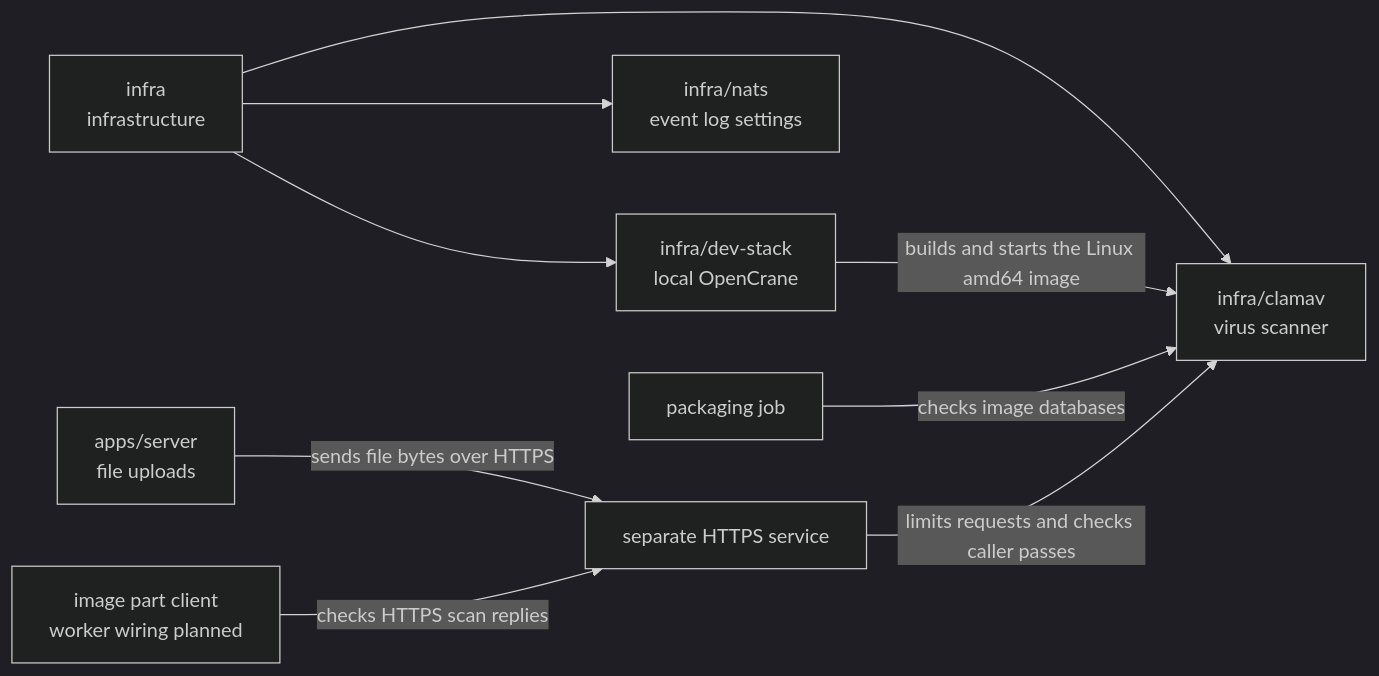
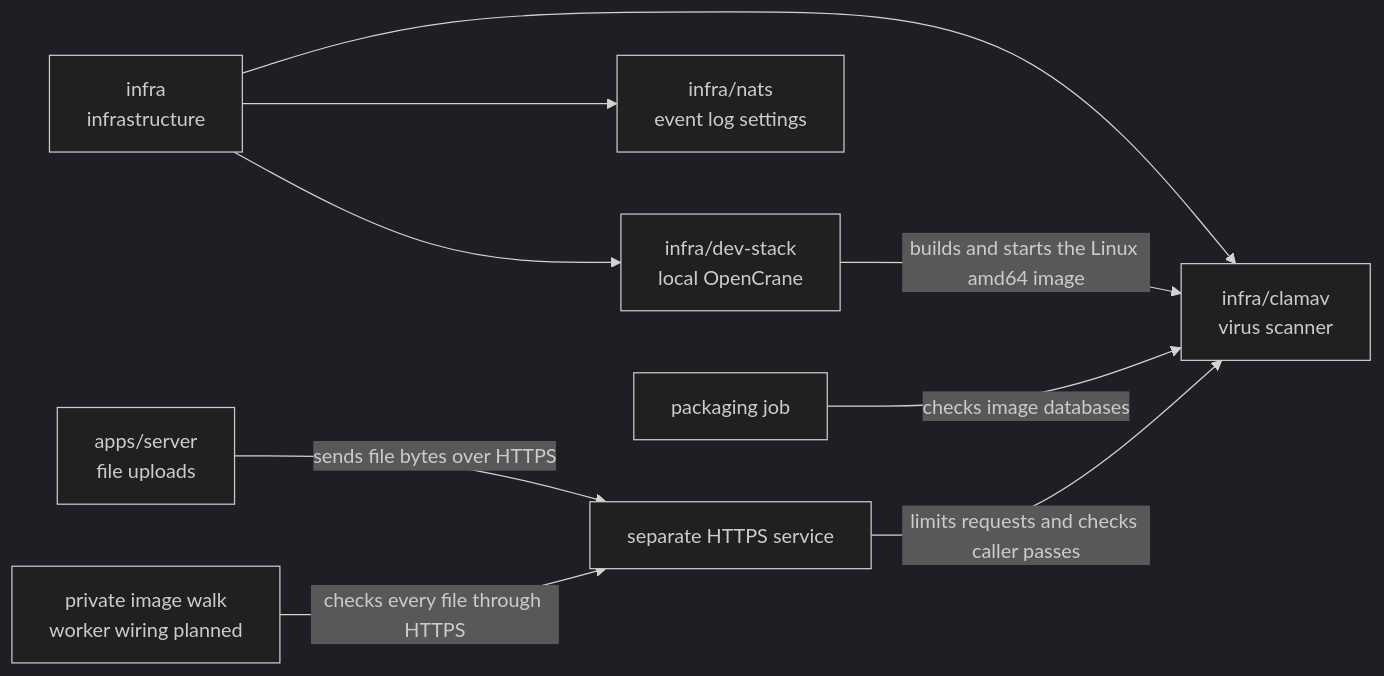
One commit to elewa-git/opencrane-new changed the diagram in infra/clamav/README.md. Above: the diagram before and after it, drawn with Mermaid (dark theme). The commit also changed other lines of this file and 5 other files, not shown here.

Commit message:
🛡️ Scan every supplied image layer file

````diff
--- a/infra/clamav/README.md
+++ b/infra/clamav/README.md
@@ -16,11 +17,11 @@
 ```mermaid
 flowchart LR
   infra["infra<br/>infrastructure"] --> clamav["infra/clamav<br/>virus scanner"]
   infra --> stack["infra/dev-stack<br/>local OpenCrane"]
   infra --> nats["infra/nats<br/>event log settings"]
   stack -->|builds and starts the Linux amd64 image| clamav
   server["apps/server<br/>file uploads"] -->|sends file bytes over HTTPS| launcher
-  worker["image part client<br/>worker wiring planned"] -->|checks HTTPS scan replies| launcher
+  worker["private image walk<br/>worker wiring planned"] -->|checks every file through HTTPS| launcher
   packaging["packaging job"] -->|checks image databases| clamav
   launcher["separate HTTPS service"] -->|limits requests and checks caller passes| clamav
 ```
````
